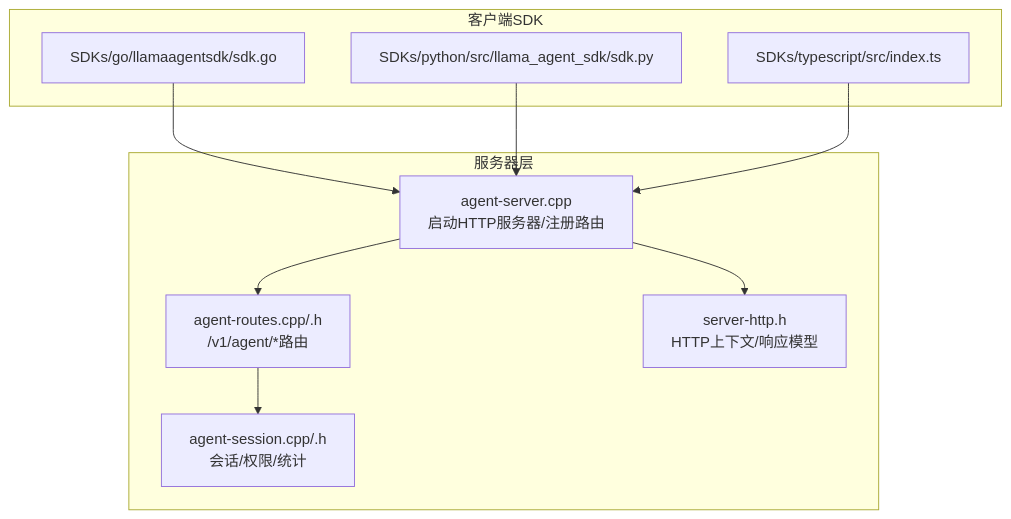
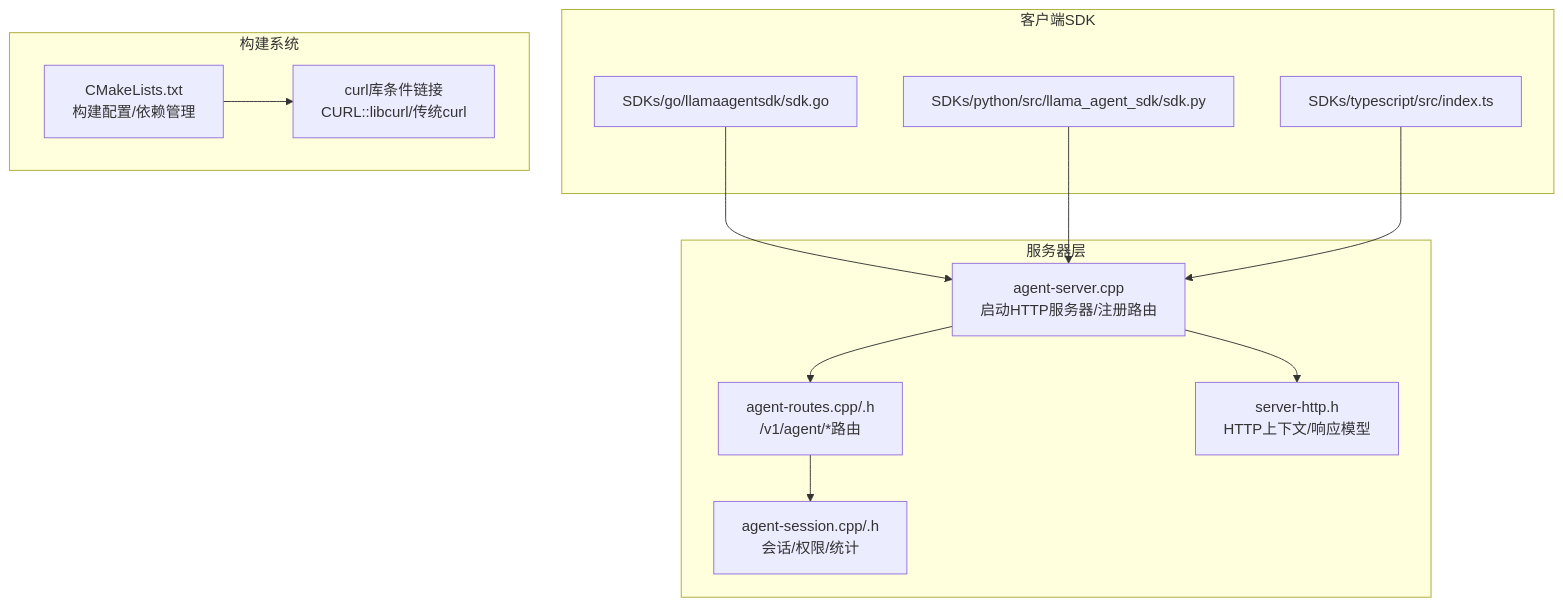
One commit to acproject/llama.cpp-agent changed the first of 3 diagrams in .qoder/repowiki/zh/content/HTTP 服务器和 API/HTTP 服务器和 API.md. Above: the diagram before and after it, drawn with Mermaid. The commit also changed other lines of this file and 2 other files, not shown here.

````diff
--- a/.qoder/repowiki/zh/content/HTTP 服务器和 API/HTTP 服务器和 API.md
+++ b/.qoder/repowiki/zh/content/HTTP 服务器和 API/HTTP 服务器和 API.md
@@ -40,19 +55,24 @@
 ```mermaid
 graph TB
 subgraph "服务器层"
 Srv["agent-server.cpp<br/>启动HTTP服务器/注册路由"]
 Routes["agent-routes.cpp/.h<br/>/v1/agent/*路由"]
 Session["agent-session.cpp/.h<br/>会话/权限/统计"]
 HTTP["server-http.h<br/>HTTP上下文/响应模型"]
 end
 subgraph "客户端SDK"
 GoSDK["SDKs/go/llamaagentsdk/sdk.go"]
 PySDK["SDKs/python/src/llama_agent_sdk/sdk.py"]
 TsSDK["SDKs/typescript/src/index.ts"]
 end
+subgraph "构建系统"
+CMake["CMakeLists.txt<br/>构建配置/依赖管理"]
+Curl["curl库条件链接<br/>CURL::libcurl/传统curl"]
+end
 Srv --> Routes --> Session
 Srv --> HTTP
 GoSDK --> Srv
 PySDK --> Srv
 TsSDK --> Srv
+CMake --> Curl
 ```
````
